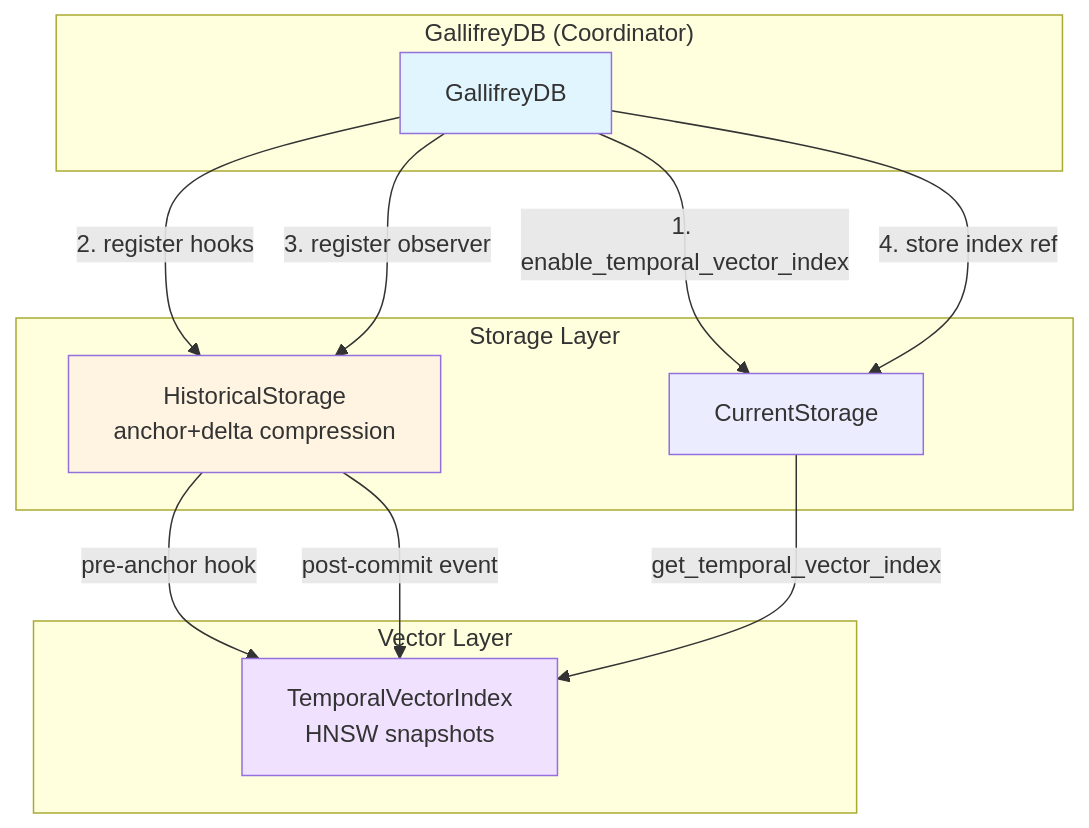
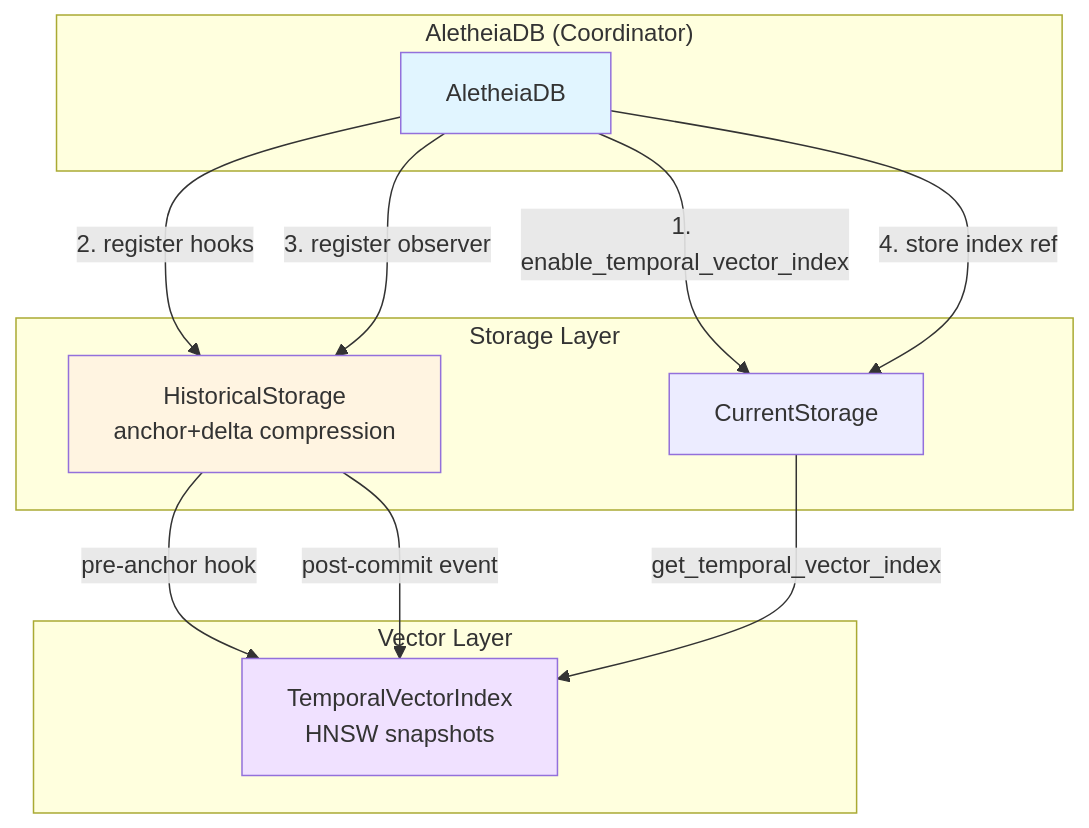
One commit to autumn-foundation/AletheiaDB changed the first of 3 diagrams in docs/adr/0018-temporal-vector-historical-integration.md. Above: the diagram before and after it, drawn with Mermaid. The commit also changed other lines of this file and 316 other files, not shown here.

First line of the commit message:
refactor: Rename project from GallifreyDB to AletheiaDB

````diff
--- a/docs/adr/0018-temporal-vector-historical-integration.md
+++ b/docs/adr/0018-temporal-vector-historical-integration.md
@@ -32,29 +32,29 @@
 ```mermaid
 graph TB
-    subgraph "GallifreyDB (Coordinator)"
-        DB[GallifreyDB]
+    subgraph "AletheiaDB (Coordinator)"
+        DB[AletheiaDB]
     end
 
     subgraph "Storage Layer"
         Current[CurrentStorage]
         Historical[HistoricalStorage<br/>anchor+delta compression]
     end
 
     subgraph "Vector Layer"
         TVIndex[TemporalVectorIndex<br/>HNSW snapshots]
     end
 
     DB -->|1. enable_temporal_vector_index| Current
     DB -->|2. register hooks| Historical
     DB -->|3. register observer| Historical
     DB -->|4. store index ref| Current
 
     Historical -->|pre-anchor hook| TVIndex
     Historical -->|post-commit event| TVIndex
 
     Current -->|get_temporal_vector_index| TVIndex
 
     style DB fill:#e1f5ff
     style Historical fill:#fff4e1
     style TVIndex fill:#f0e1ff
 ```
````
